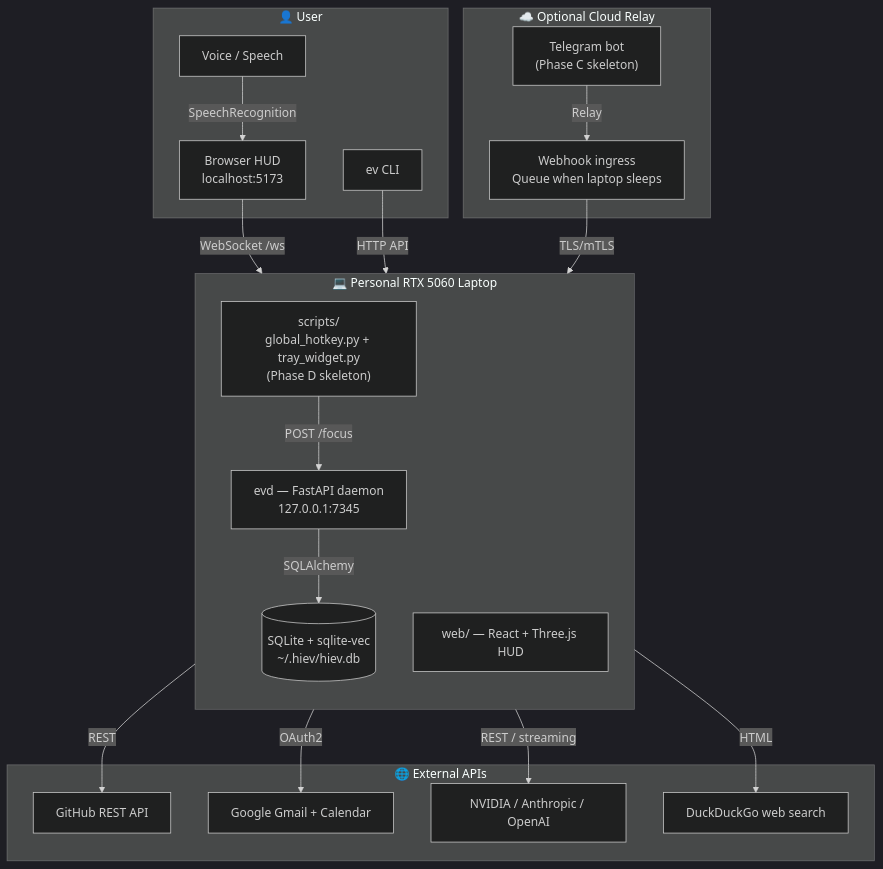
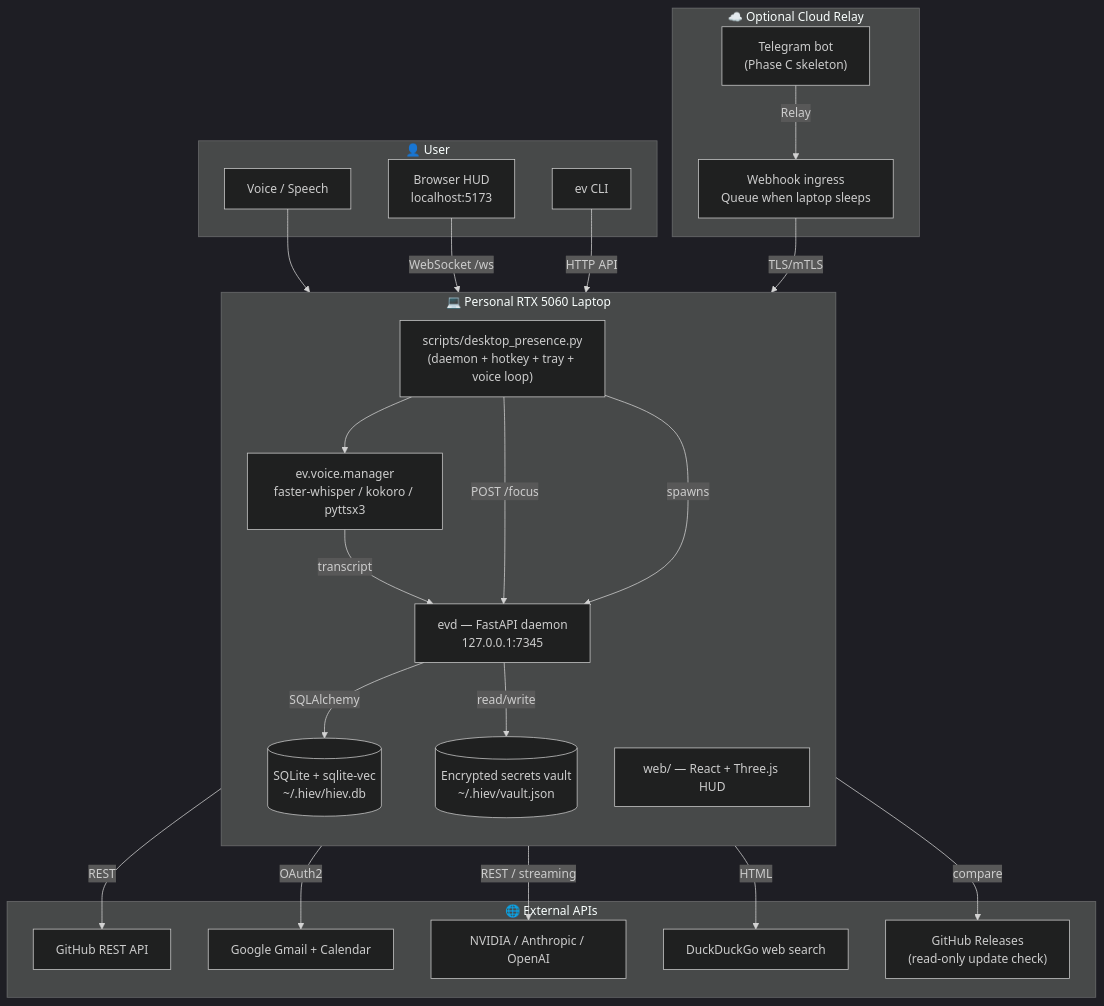
The first of 10 diagrams in docs/superpowers/architecture/hi-ev-end-to-end-architecture.md (satyamdas03/Hi-EV), drawn with Mermaid (dark theme) before and after one commit. The commit also changed other lines of this file and 37 other files, not shown here.

````diff
--- a/docs/superpowers/architecture/hi-ev-end-to-end-architecture.md
+++ b/docs/superpowers/architecture/hi-ev-end-to-end-architecture.md
@@ -9,40 +9,48 @@
 ```mermaid
 flowchart TB
     subgraph User["👤 User"]
         Voice["Voice / Speech"]
         Browser["Browser HUD\nlocalhost:5173"]
         CLI["ev CLI"]
     end
 
     subgraph Laptop["💻 Personal RTX 5060 Laptop"]
         direction TB
         Daemon["evd — FastAPI daemon\n127.0.0.1:7345"]
         WebFrontend["web/ — React + Three.js HUD"]
-        DesktopPresence["scripts/\nglobal_hotkey.py + tray_widget.py\n(Phase D skeleton)"]
+        DesktopPresence["scripts/desktop_presence.py\n(daemon + hotkey + tray + voice loop)"]
+        VoiceManager["ev.voice.manager\nfaster-whisper / kokoro / pyttsx3"]
         LocalDB[("SQLite + sqlite-vec\n~/.hiev/hiev.db")]
+        EncryptedVault[("Encrypted secrets vault\n~/.hiev/vault.json")]
     end
 
     subgraph Cloud["☁️ Optional Cloud Relay"]
         Relay["Webhook ingress\nQueue when laptop sleeps"]
         Telegram["Telegram bot\n(Phase C skeleton)"]
     end
 
     subgraph External["🌐 External APIs"]
         GitHubAPI["GitHub REST API"]
         GoogleAPI["Google Gmail + Calendar"]
         LLMAPI["NVIDIA / Anthropic / OpenAI"]
         WebSearch["DuckDuckGo web search"]
+        GitHubReleases["GitHub Releases\n(read-only update check)"]
     end
 
-    Voice --"SpeechRecognition"--> Browser
+    Voice --> DesktopPresence
+    DesktopPresence --> VoiceManager
+    VoiceManager --"transcript"--> Daemon
     Browser --"WebSocket /ws"--> Daemon
     CLI --"HTTP API"--> Daemon
     DesktopPresence --"POST /focus"--> Daemon
+    DesktopPresence --"spawns"--> Daemon
     Daemon --"REST / streaming"--> LLMAPI
     Daemon --"REST"--> GitHubAPI
     Daemon --"OAuth2"--> GoogleAPI
     Daemon --"HTML"--> WebSearch
     Daemon --"SQLAlchemy"--> LocalDB
+    Daemon --"read/write"--> EncryptedVault
+    Daemon --"compare"--> GitHubReleases
     Relay --"TLS/mTLS"--> Daemon
     Telegram --"Relay"--> Relay
 ```
````
